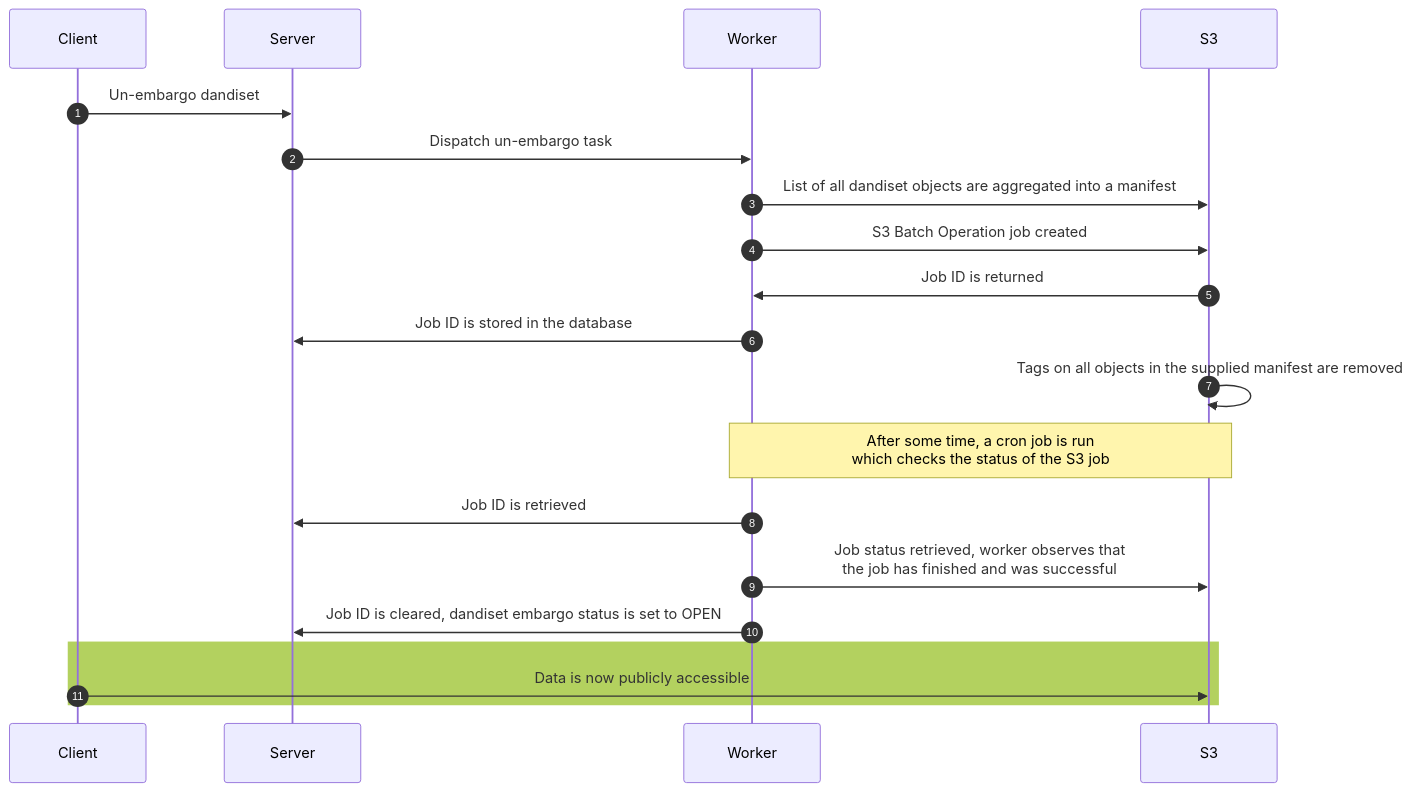
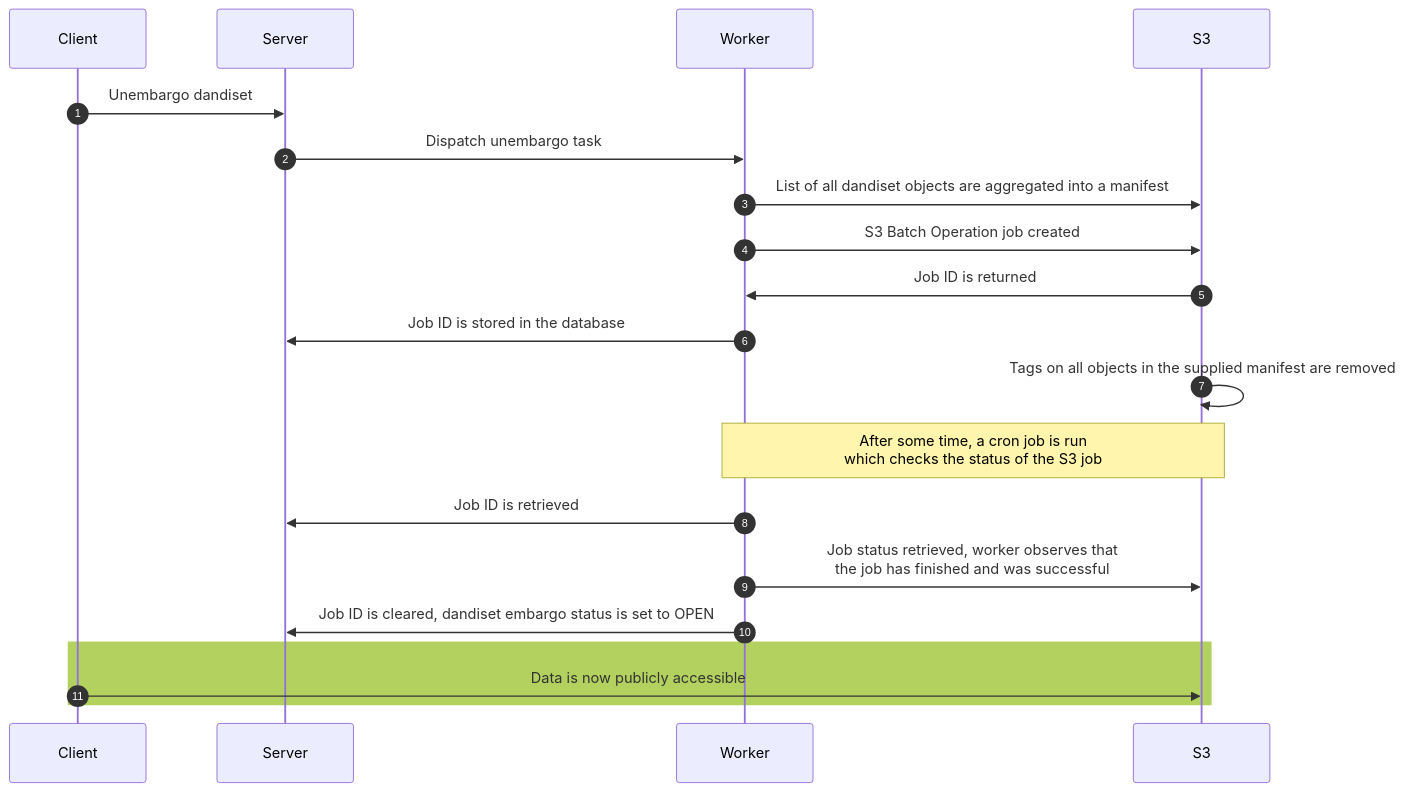
Before and after one commit to dandi/dandi-archive: the second of 2 diagrams in doc/design/embargo-redesign.md, drawn with Mermaid. The commit also changed other lines of this file and 17 other files, not shown here.

````diff
--- a/doc/design/embargo-redesign.md
+++ b/doc/design/embargo-redesign.md
@@ -90,24 +90,24 @@
 ```mermaid
 sequenceDiagram
     autonumber
     participant Client
     participant Server
     participant Worker
     participant S3
 
-    Client ->> Server: Un-embargo dandiset
-    Server ->> Worker: Dispatch un-embargo task
+    Client ->> Server: Unembargo dandiset
+    Server ->> Worker: Dispatch unembargo task
     Worker ->> S3: List of all dandiset objects are aggregated into a manifest
     Worker ->> S3: S3 Batch Operation job created
     S3 ->> Worker: Job ID is returned
     Worker ->> Server: Job ID is stored in the database
     S3 ->> S3: Tags on all objects in the supplied manifest are removed
     Note over Worker,S3: After some time, a cron job is run <br> which checks the status of the S3 job
 		Worker ->> Server: Job ID is retrieved
     Worker ->> S3: Job status retrieved, worker observes that <br> the job has finished and was successful
     Worker ->> Server: Job ID is cleared, dandiset embargo status is set to OPEN
 
     rect rgb(179, 209, 95)
         Client ->> S3: Data is now publicly accessible
     end
 ```
````
